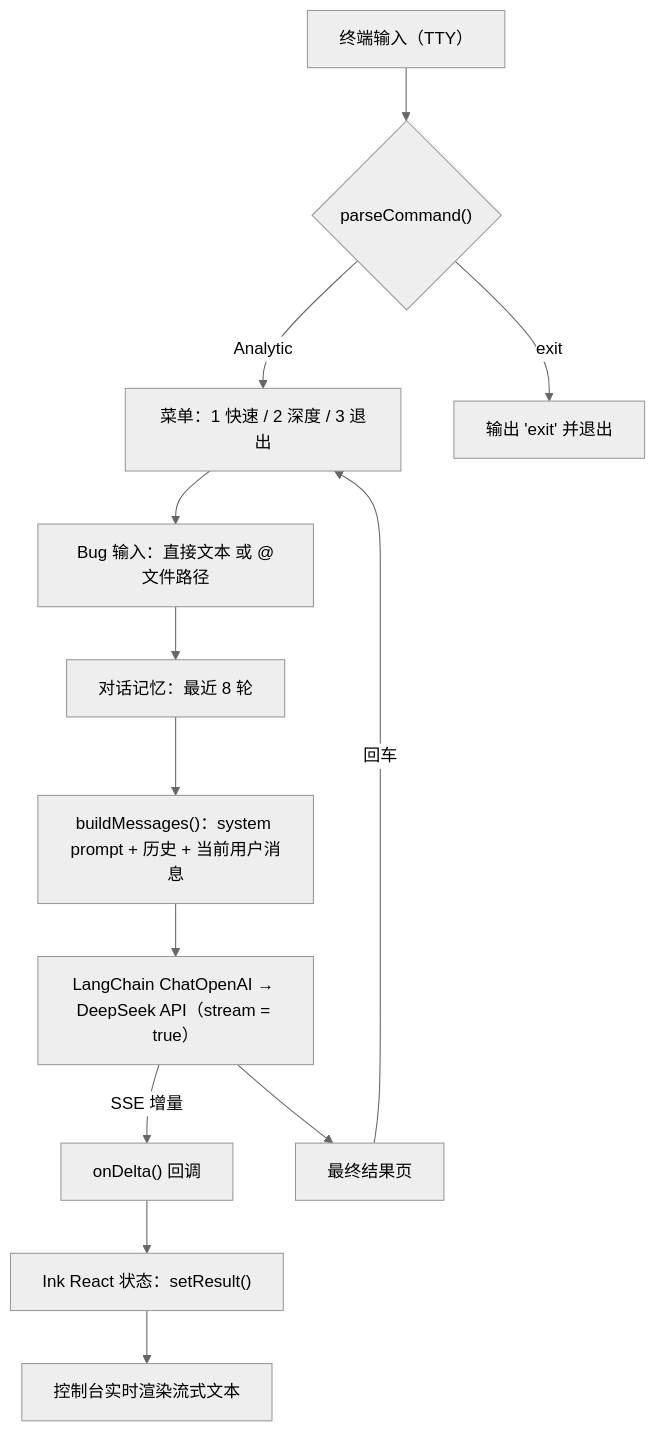
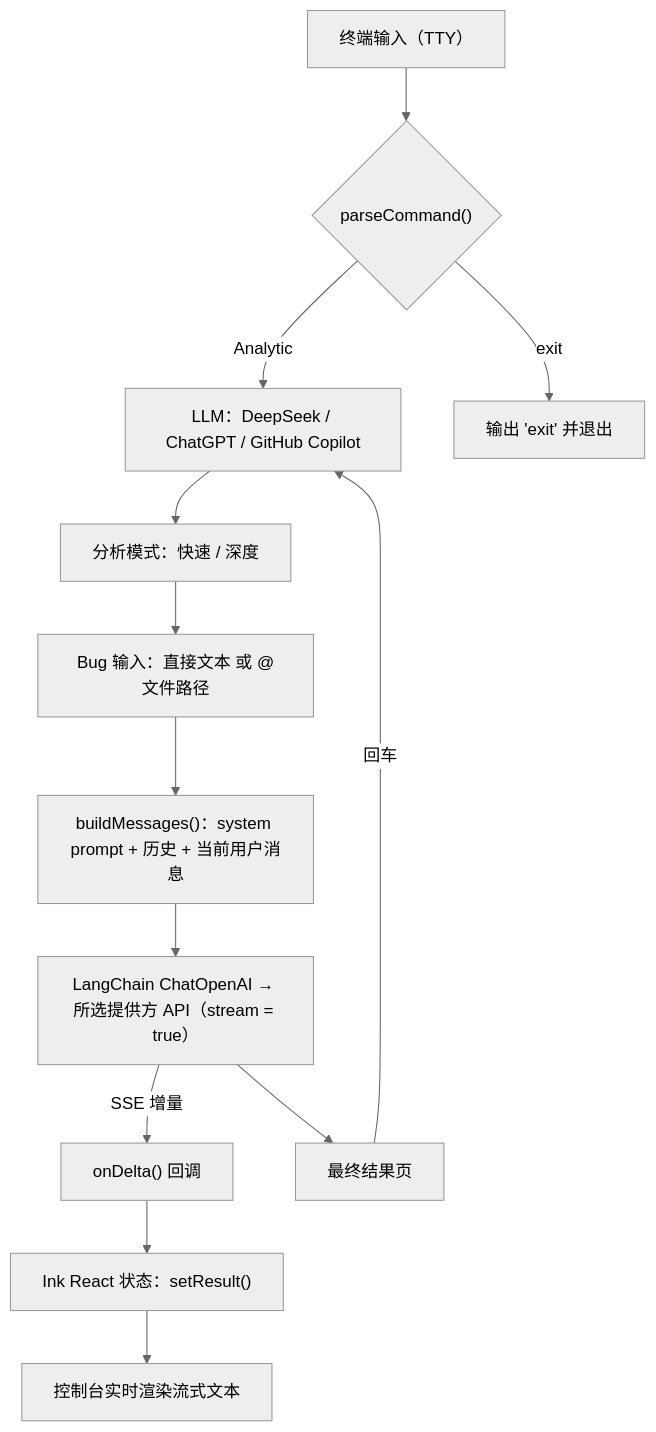
The second of 2 diagrams in README.md (TJYOYO/BugAnalytic-Agent), drawn with Mermaid (neutral theme) before and after one commit. The commit also changed other lines of this file and 13 other files, not shown here.

````diff
--- a/README.md
+++ b/README.md
@@ -247,15 +262,15 @@
 ```mermaid
 flowchart TD
     A["终端输入（TTY）"] --> B{"parseCommand()"}
-    B -->|"Analytic"| C["菜单：1 快速 / 2 深度 / 3 退出"]
+    B -->|"Analytic"| C["LLM：DeepSeek / ChatGPT / GitHub Copilot"]
     B -->|"exit"| Z["输出 'exit' 并退出"]
-    C --> D["Bug 输入：直接文本 或 @文件路径"]
-    D --> M["对话记忆：最近 8 轮"]
+    C --> D["分析模式：快速 / 深度"]
+    D --> M["Bug 输入：直接文本 或 @文件路径"]
     M --> E["buildMessages()：system prompt + 历史 + 当前用户消息"]
-    E --> F["LangChain ChatOpenAI → DeepSeek API（stream = true）"]
+    E --> F["LangChain ChatOpenAI → 所选提供方 API（stream = true）"]
     F -->|"SSE 增量"| G["onDelta() 回调"]
     G --> H["Ink React 状态：setResult()"]
     H --> I["控制台实时渲染流式文本"]
     F --> J["最终结果页"]
     J -->|"回车"| C
 ```
````
